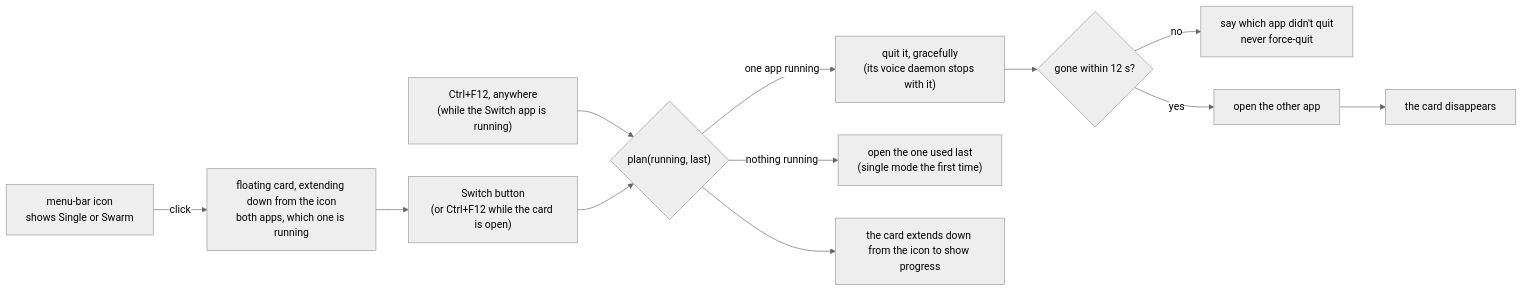
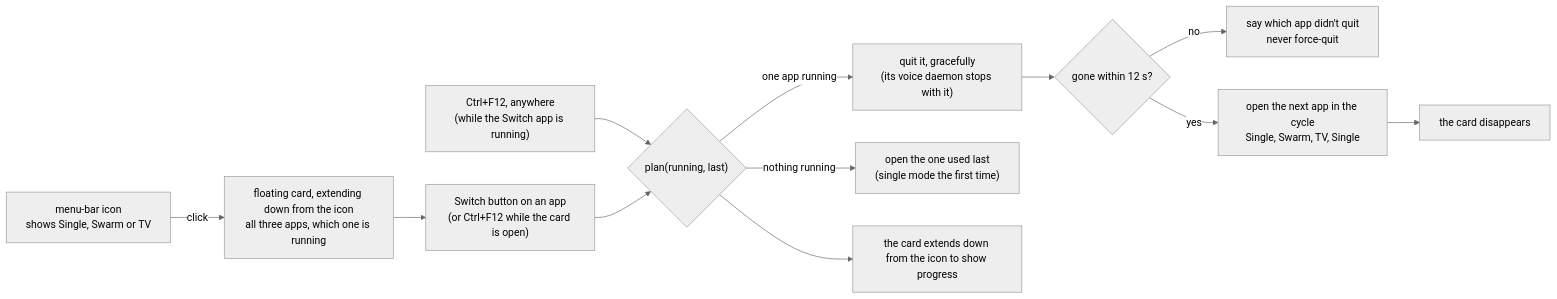
Diagram 13 of 20 in DESIGN.md (siddh30/prometheus-voice-control), drawn with Mermaid (neutral theme) before and after one commit. The commit also changed other lines of this file and 29 other files, not shown here.

Commit message:
TV mode: separate Prometheus TV app (Ctrl+F9 voice control of the TV), display handling, pairing script, tests

````diff
--- a/DESIGN.md
+++ b/DESIGN.md
@@ -451,14 +451,14 @@
 ```mermaid
 flowchart LR
     Ctrl+F12["Ctrl+F12, anywhere<br/>(while the Switch app is running)"] --> PLAN{"plan(running, last)"}
-    ICON["menu-bar icon<br/>shows Single or Swarm"] -- "click" --> CARD["floating card, extending down from the icon<br/>both apps, which one is running"]
-    CARD --> BTN["Switch button<br/>(or Ctrl+F12 while the card is open)"]
+    ICON["menu-bar icon<br/>shows Single, Swarm or TV"] -- "click" --> CARD["floating card, extending down from the icon<br/>all three apps, which one is running"]
+    CARD --> BTN["Switch button on an app<br/>(or Ctrl+F12 while the card is open)"]
     BTN --> PLAN
     PLAN -- "one app running" --> QUIT["quit it, gracefully<br/>(its voice daemon stops with it)"]
     QUIT --> WAIT{"gone within 12 s?"}
     WAIT -- no --> TELL["say which app didn't quit<br/>never force-quit"]
-    WAIT -- yes --> LAUNCH["open the other app"]
+    WAIT -- yes --> LAUNCH["open the next app in the cycle<br/>Single, Swarm, TV, Single"]
     PLAN -- "nothing running" --> LAST["open the one used last<br/>(single mode the first time)"]
     PLAN --> SHOW["the card extends down from the icon to show progress"]
     LAUNCH --> GONE["the card disappears"]
 ```
````
